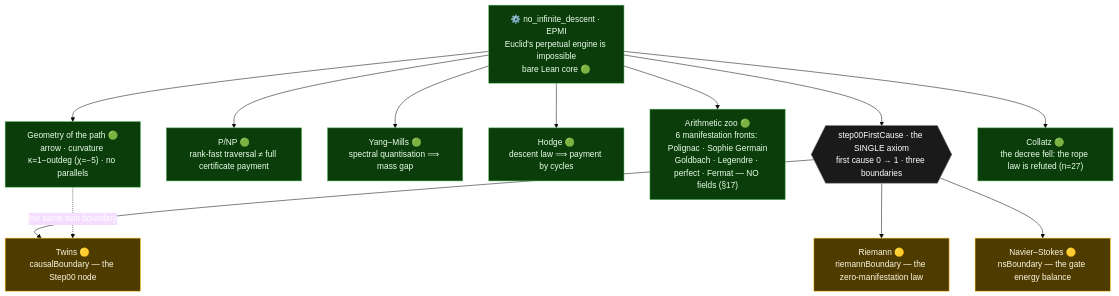
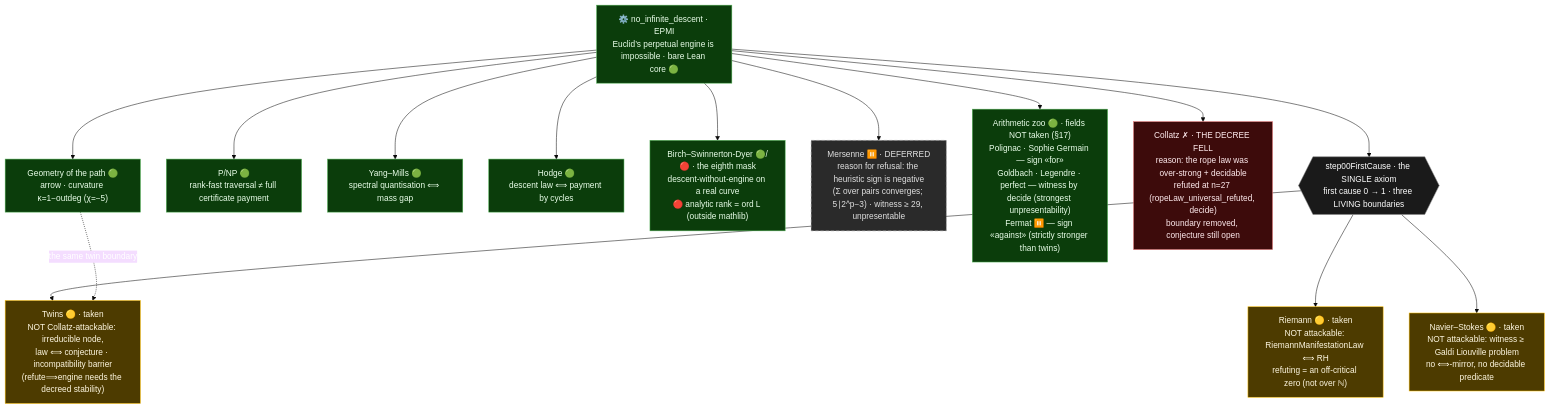
The diagram in README.md (elamaunt/Euclids-path), drawn with Mermaid (base theme) before and after one commit. The commit also changed other lines of this file and 1 other file, not shown here.

Commit message:
Graph: show all examined problems with honest status and reasons — taken 🟡 (why not Collatz-attackable), deferred ⏸️ (Mersenne/Fermat, heuristic sign), zoo (decide-witness), BSD 8th mask, Collatz ✗ fell (n=27)

````diff
--- a/README.md
+++ b/README.md
@@ -79,27 +79,34 @@
 ```mermaid
 flowchart TD
-    ROOT["⚙️ no_infinite_descent · EPMI<br/>Euclid's perpetual engine is impossible<br/>bare Lean core 🟢"]
+    ROOT["⚙️ no_infinite_descent · EPMI<br/>Euclid’s perpetual engine is impossible · bare Lean core 🟢"]
 
-    ROOT --> FC{{"step00FirstCause · the SINGLE axiom<br/>first cause 0 → 1 · three boundaries"}}
-    FC --> TP["Twins 🟡<br/>causalBoundary — the Step00 node"]
-    FC --> RH["Riemann 🟡<br/>riemannBoundary — the zero-manifestation law"]
-    FC --> NS["Navier–Stokes 🟡<br/>nsBoundary — the gate energy balance"]
+    ROOT --> FC{{"step00FirstCause · the SINGLE axiom<br/>first cause 0 → 1 · three LIVING boundaries"}}
+
+    FC --> TP["Twins 🟡 · taken<br/>NOT Collatz-attackable: irreducible node,<br/>law ⟺ conjecture · incompatibility barrier<br/>(refute⟹engine needs the decreed stability)"]
+    FC --> RH["Riemann 🟡 · taken<br/>NOT attackable: RiemannManifestationLaw ⟺ RH<br/>refuting = an off-critical zero (not over ℕ)"]
+    FC --> NS["Navier–Stokes 🟡 · taken<br/>NOT attackable: witness ≥ Galdi Liouville problem<br/>no ⟺-mirror, no decidable predicate"]
 
     ROOT --> PNP["P/NP 🟢<br/>rank-fast traversal ≠ full certificate payment"]
-    ROOT --> YM["Yang–Mills 🟢<br/>spectral quantisation ⟹ mass gap"]
-    ROOT --> HC["Hodge 🟢<br/>descent law ⟹ payment by cycles"]
+    ROOT --> YM["Yang–Mills 🟢<br/>spectral quantisation ⟺ mass gap"]
+    ROOT --> HC["Hodge 🟢<br/>descent law ⟺ payment by cycles"]
+    ROOT --> BSD["Birch–Swinnerton-Dyer 🟢/🔴 · the eighth mask<br/>descent-without-engine on a real curve<br/>🔴 analytic rank = ord L (outside mathlib)"]
 
-    ROOT --> ZOO["Arithmetic zoo 🟢<br/>6 manifestation fronts: Polignac · Sophie Germain<br/>Goldbach · Legendre · perfect · Fermat — NO fields (§17)"]
-    ROOT --> GEO["Geometry of the path 🟢<br/>arrow · curvature κ=1−outdeg (χ=−5) · no parallels"]
+    ROOT --> MP["Mersenne ⏸️ · DEFERRED<br/>reason for refusal: the heuristic sign is negative<br/>(Σ over pairs converges; 5∣2^p−3) · witness ≥ 29, unpresentable"]
+    ROOT --> ZOO["Arithmetic zoo 🟢 · fields NOT taken (§17)<br/>Polignac · Sophie Germain — sign «for»<br/>Goldbach · Legendre · perfect — witness by decide (strongest unpresentability)<br/>Fermat ⏸️ — sign «against» (strictly stronger than twins)"]
+
+    ROOT --> CL["Collatz ✗ · THE DECREE FELL<br/>reason: the rope law was over-strong + decidable<br/>refuted at n=27 (ropeLaw_universal_refuted, decide)<br/>boundary removed, conjecture still open"]
+
+    ROOT --> GEO["Geometry of the path 🟢<br/>arrow · curvature κ=1−outdeg (χ=−5)"]
     GEO -. the same twin boundary .-> TP
-
-    ROOT --> CL["Collatz 🟢<br/>the decree fell: the rope law is refuted (n=27)"]
 
     classDef green fill:#0b3d0b,stroke:#4caf50,color:#eaffea;
     classDef yellow fill:#4d3b00,stroke:#ffc107,color:#fff8e1;
+    classDef deferred fill:#2a2a2a,stroke:#9e9e9e,color:#e0e0e0,stroke-dasharray: 6 4;
+    classDef fallen fill:#3d0b0b,stroke:#e57373,color:#ffebee;
     classDef root fill:#1a1a1a,stroke:#888,color:#ffffff;
-    class ROOT,PNP,YM,HC,ZOO,GEO green;
+    class ROOT,PNP,YM,HC,BSD,ZOO,GEO green;
     class TP,RH,NS yellow;
-    class CL green;
+    class MP deferred;
+    class CL fallen;
     class FC root;
 ```
````
